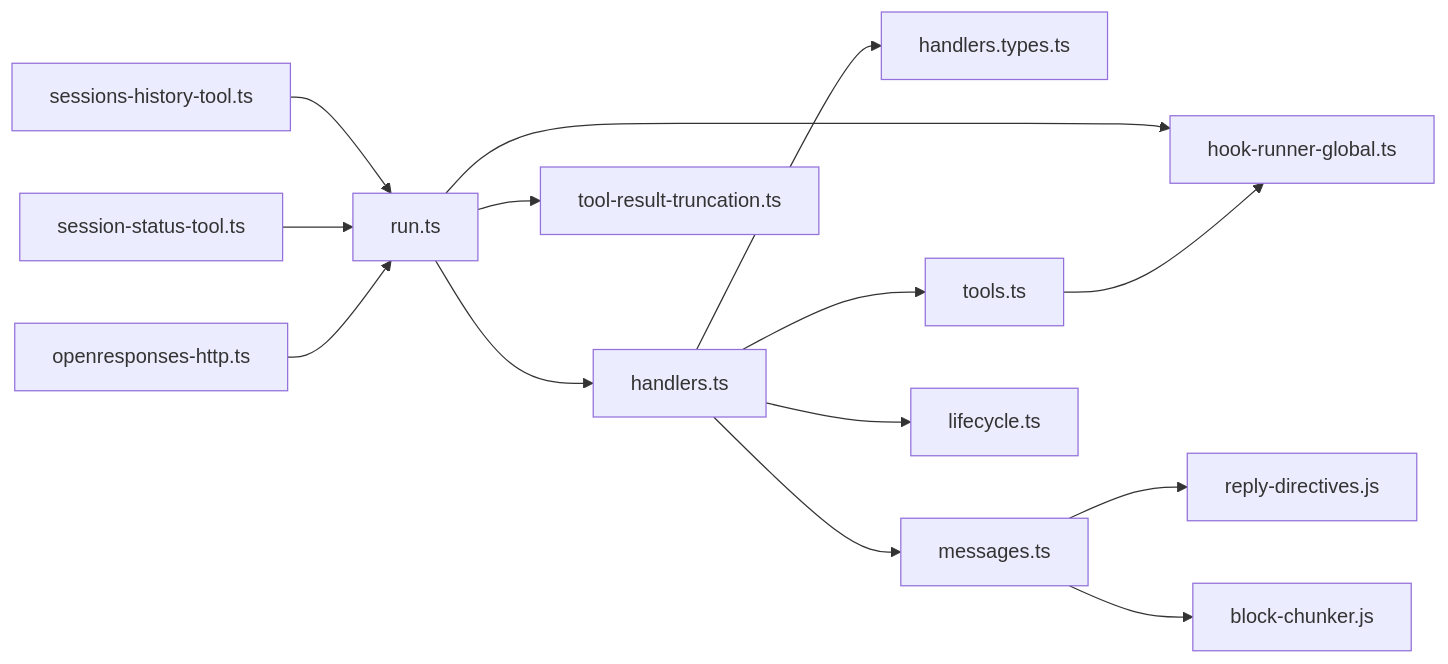
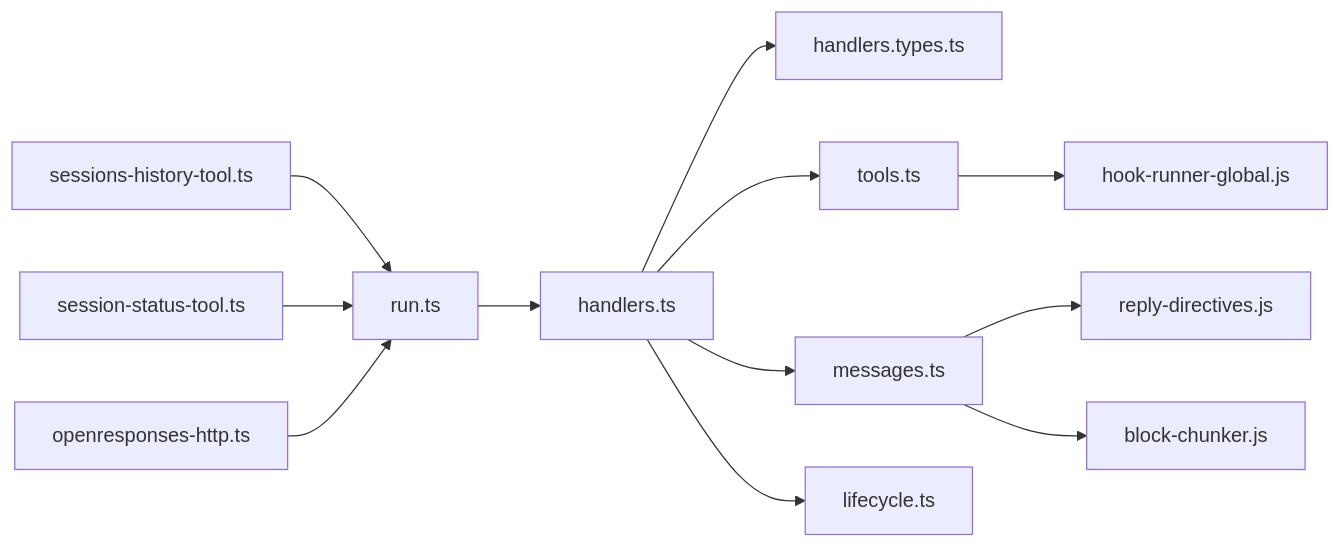
One commit to openclaw/openclaw changed the fifth of 5 diagrams in .qoder/repowiki/zh/content/代理系统/Pi Agent运行时.md. Above: the diagram before and after it, drawn with Mermaid. The commit also changed other lines of this file and 1 other file, not shown here.

````diff
--- a/.qoder/repowiki/zh/content/代理系统/Pi Agent运行时.md
+++ b/.qoder/repowiki/zh/content/代理系统/Pi Agent运行时.md
@@ -313,16 +266,14 @@
 ```mermaid
 graph LR
 Run["run.ts"] --> Sub["handlers.ts"]
-Run --> Trunc["tool-result-truncation.ts"]
-Run --> Hook["hook-runner-global.ts"]
 Sub --> Types["handlers.types.ts"]
 Sub --> Tools["tools.ts"]
 Sub --> Msg["messages.ts"]
 Sub --> Life["lifecycle.ts"]
-Tools --> Hook
+Tools --> Hook["hook-runner-global.js"]
 Msg --> Reply["reply-directives.js"]
 Msg --> Block["block-chunker.js"]
 Hist["sessions-history-tool.ts"] --> Run
 Stat["session-status-tool.ts"] --> Run
 OR["openresponses-http.ts"] --> Run
 ```
````
